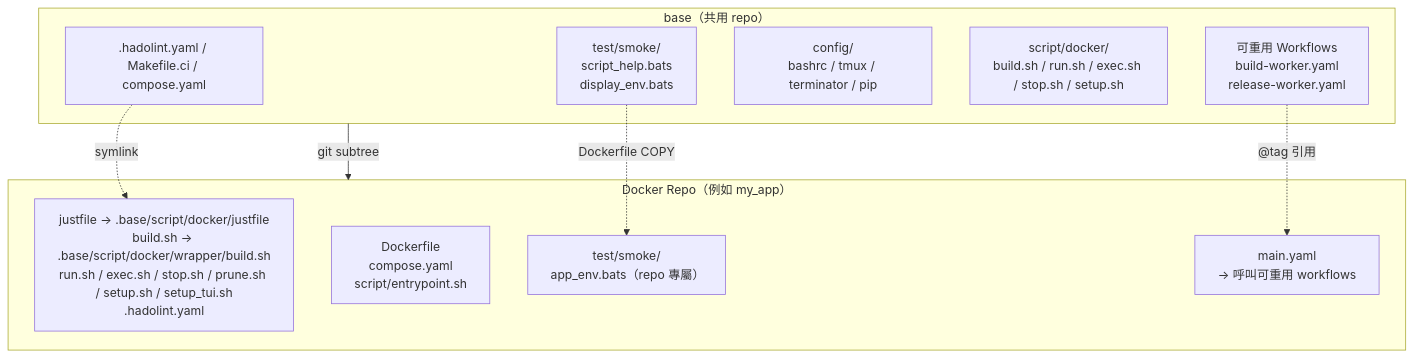
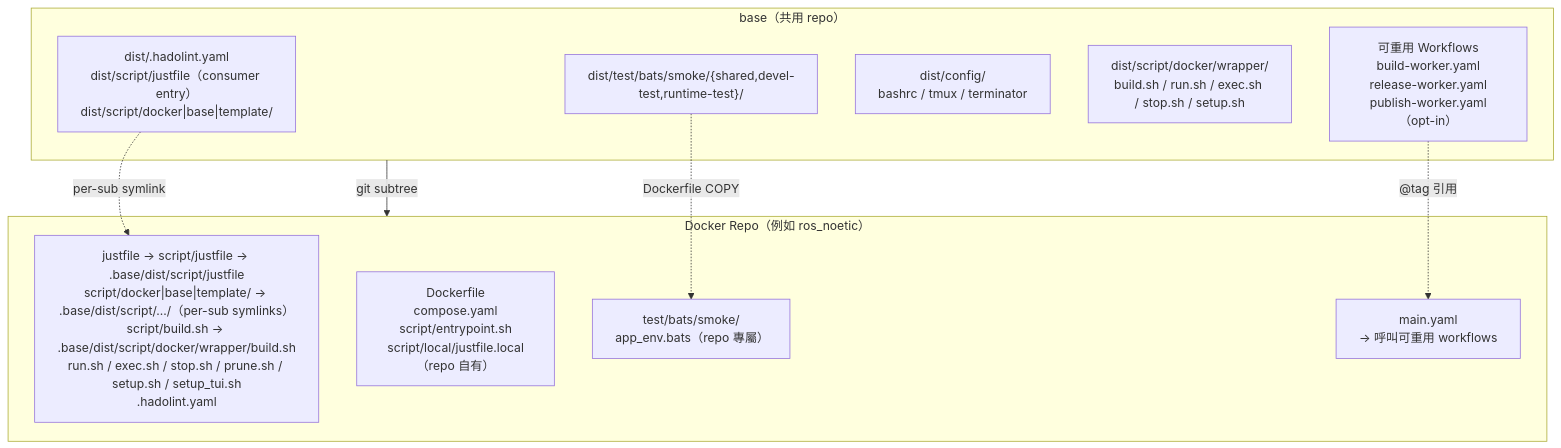
Before and after one commit to ycpss91255-lab/jetson_sdk_manager: the first of 2 diagrams in doc/readme/README.zh-TW.md, drawn with Mermaid. The commit also changed other lines of this file and 1202 other files, not shown here.

````diff
--- a/doc/readme/README.zh-TW.md
+++ b/doc/readme/README.zh-TW.md
@@ -56,22 +94,22 @@
 ```mermaid
 graph TB
     subgraph base["base（共用 repo）"]
-        scripts[".hadolint.yaml / Makefile.ci / compose.yaml"]
-        smoke["test/smoke/<br/>script_help.bats<br/>display_env.bats"]
-        config["config/<br/>bashrc / tmux / terminator / pip"]
-        mgmt["script/docker/<br/>build.sh / run.sh / exec.sh / stop.sh / setup.sh"]
-        workflows["可重用 Workflows<br/>build-worker.yaml<br/>release-worker.yaml"]
+        scripts["dist/.hadolint.yaml<br/>dist/script/justfile（consumer entry）<br/>dist/script/docker|base|template/"]
+        smoke["dist/test/bats/smoke/{shared,devel-test,runtime-test}/"]
+        config["dist/config/<br/>bashrc / tmux / terminator"]
+        mgmt["dist/script/docker/wrapper/<br/>build.sh / run.sh / exec.sh / stop.sh / setup.sh"]
+        workflows["可重用 Workflows<br/>build-worker.yaml<br/>release-worker.yaml<br/>publish-worker.yaml（opt-in）"]
     end
 
-    subgraph consumer["Docker Repo（例如 my_app）"]
-        symlinks["justfile → .base/script/docker/justfile<br/>build.sh → .base/script/docker/wrapper/build.sh<br/>run.sh / exec.sh / stop.sh / prune.sh / setup.sh / setup_tui.sh<br/>.hadolint.yaml"]
-        dockerfile["Dockerfile<br/>compose.yaml<br/>script/entrypoint.sh"]
-        repo_test["test/smoke/<br/>app_env.bats（repo 專屬）"]
+    subgraph consumer["Docker Repo（例如 ros_noetic）"]
+        symlinks["justfile → script/justfile → .base/dist/script/justfile<br/>script/docker|base|template/ → .base/dist/script/.../（per-sub symlinks）<br/>script/build.sh → .base/dist/script/docker/wrapper/build.sh<br/>run.sh / exec.sh / stop.sh / prune.sh / setup.sh / setup_tui.sh<br/>.hadolint.yaml"]
+        dockerfile["Dockerfile<br/>compose.yaml<br/>script/entrypoint.sh<br/>script/local/justfile.local（repo 自有）"]
+        repo_test["test/bats/smoke/<br/>app_env.bats（repo 專屬）"]
         main_yaml["main.yaml<br/>→ 呼叫可重用 workflows"]
     end
 
     base -- "git subtree" --> consumer
-    scripts -. "symlink" .-> symlinks
+    scripts -. "per-sub symlink" .-> symlinks
     smoke -. "Dockerfile COPY" .-> repo_test
     workflows -. "@tag 引用" .-> main_yaml
 ```
````
